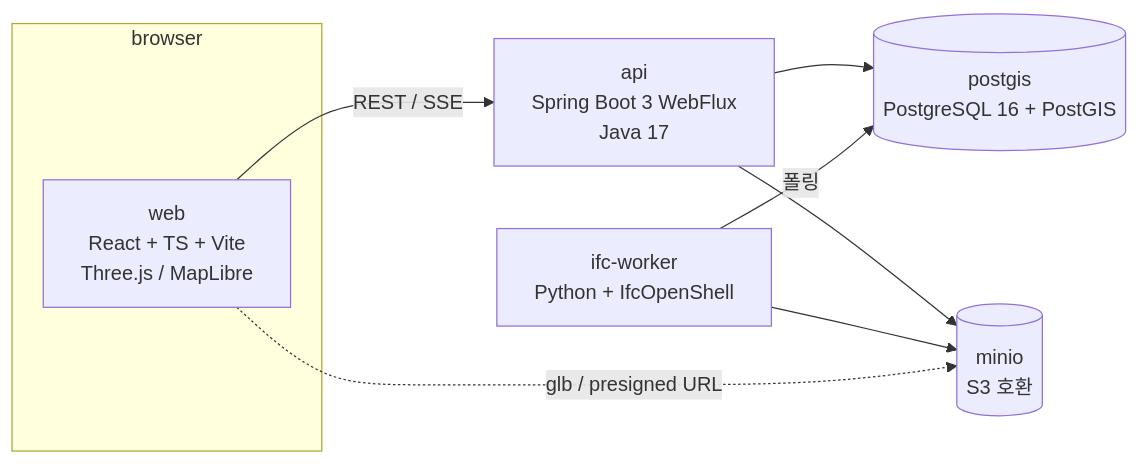
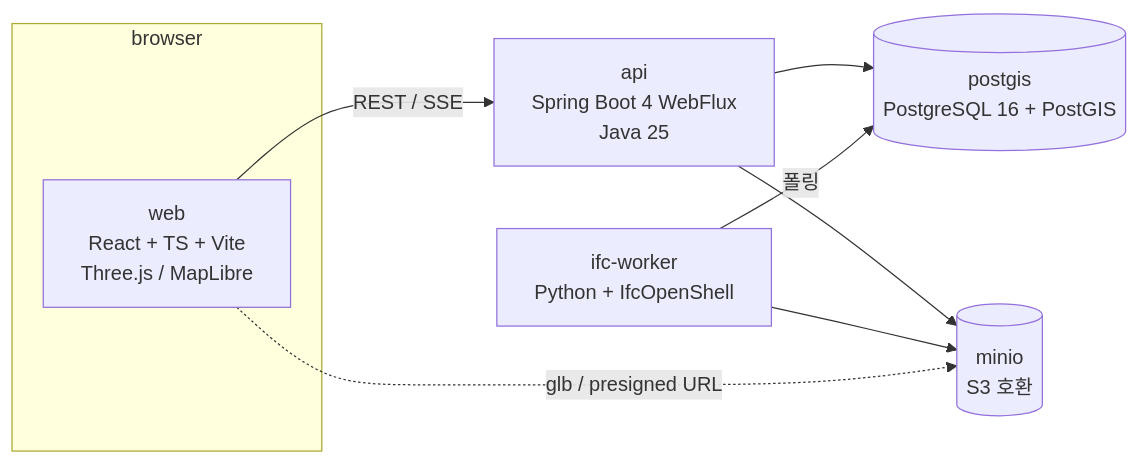
Before and after one commit to Gun-stack/bim-platform: the first of 2 diagrams in docs/01-architecture.md, drawn with Mermaid. The commit also changed other lines of this file and 21 other files, not shown here.

Commit message:
M0-2: api 골격 (Spring Boot 4.1.1 / Java 25 / WebFlux+R2DBC), Flyway V1 스키마, Dockerfile, compose api 서비스

````diff
--- a/docs/01-architecture.md
+++ b/docs/01-architecture.md
@@ -5,12 +5,12 @@
 ```mermaid
 flowchart LR
   subgraph browser
     WEB[web<br/>React + TS + Vite<br/>Three.js / MapLibre]
   end
-  WEB -- REST / SSE --> API[api<br/>Spring Boot 3 WebFlux<br/>Java 17]
+  WEB -- REST / SSE --> API[api<br/>Spring Boot 4 WebFlux<br/>Java 25]
   API --> PG[(postgis<br/>PostgreSQL 16 + PostGIS)]
   API --> S3[(minio<br/>S3 호환)]
   WORKER[ifc-worker<br/>Python + IfcOpenShell] -- 폴링 --> PG
   WORKER --> S3
   WEB -. glb / presigned URL .-> S3
 ```
````
